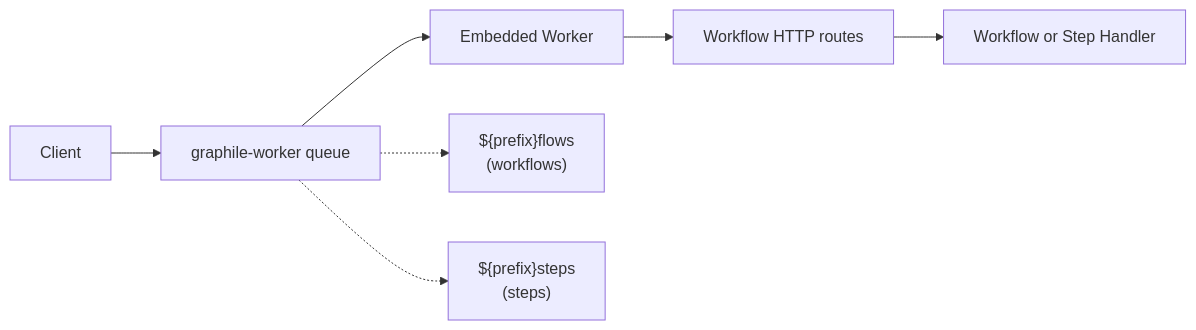
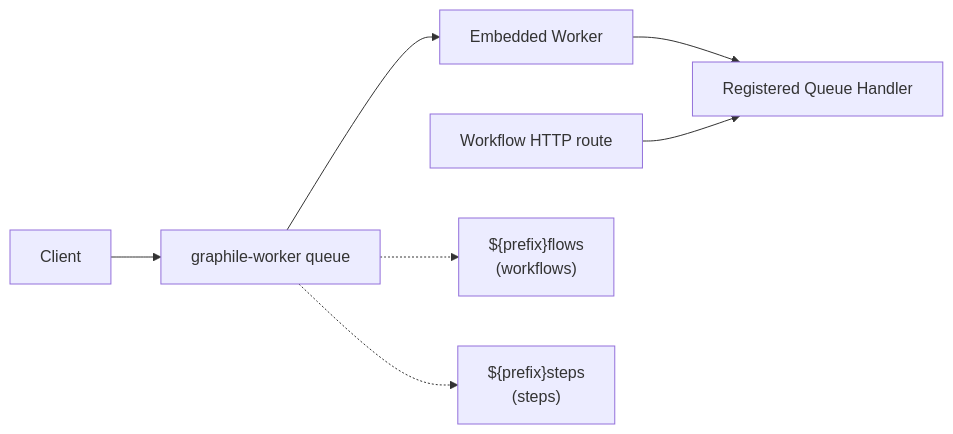
One commit to vercel/workflow changed the diagram in packages/world-postgres/HOW_IT_WORKS.md. Above: the diagram before and after it, drawn with Mermaid. The commit also changed other lines of this file and 18 other files, not shown here.

````diff
--- a/packages/world-postgres/HOW_IT_WORKS.md
+++ b/packages/world-postgres/HOW_IT_WORKS.md
@@ -11,10 +11,10 @@
 ```mermaid
 graph LR
     Client --> PG[graphile-worker queue]
     PG --> Worker[Embedded Worker]
-    Worker --> HTTP[Workflow HTTP routes]
-    HTTP --> Handler[Workflow or Step Handler]
+    Worker --> Handler[Registered Queue Handler]
+    Route[Workflow HTTP route] --> Handler
 
     PG -.-> F["${prefix}flows<br/>(workflows)"]
     PG -.-> S["${prefix}steps<br/>(steps)"]
 ```
````
